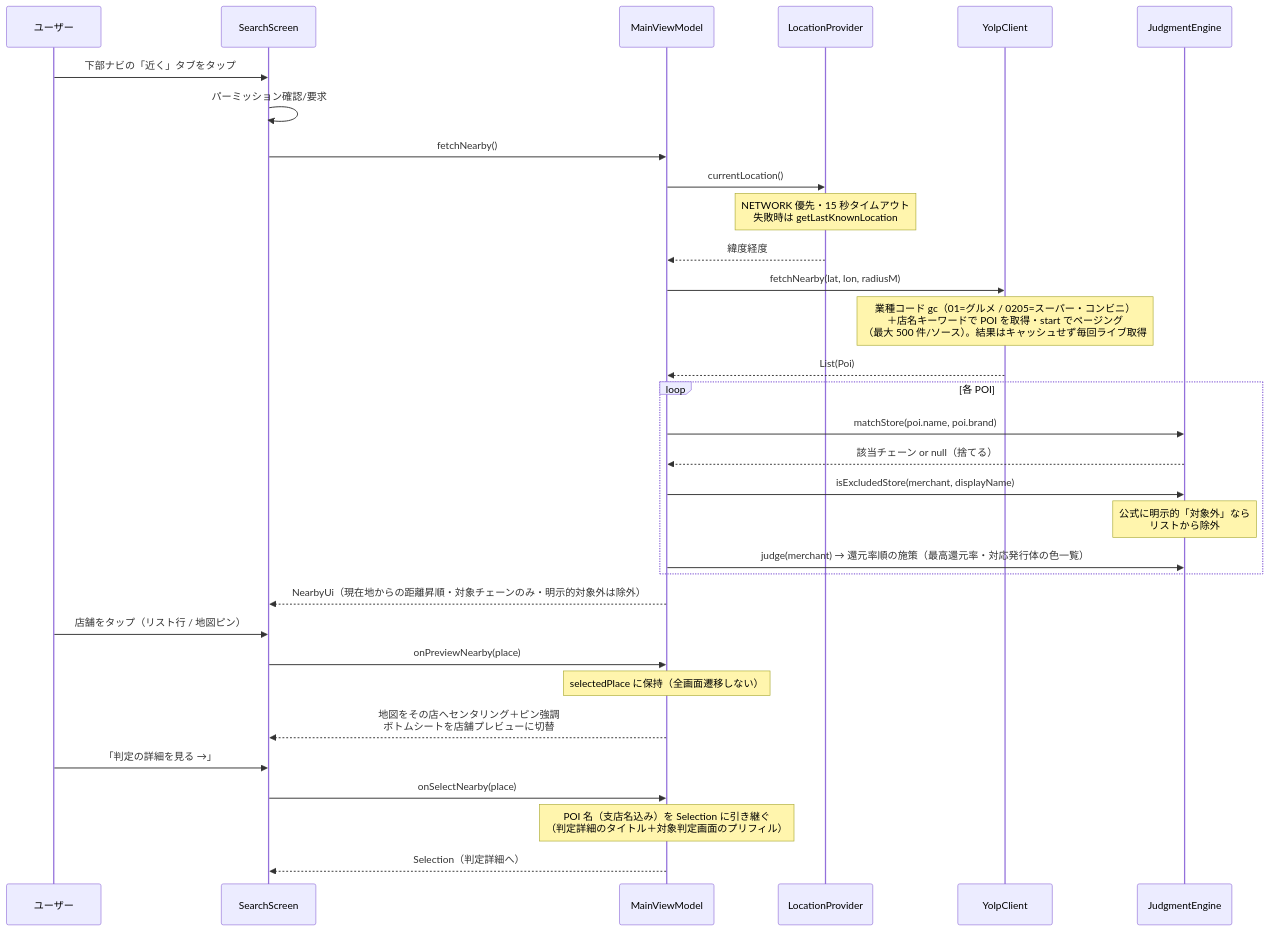
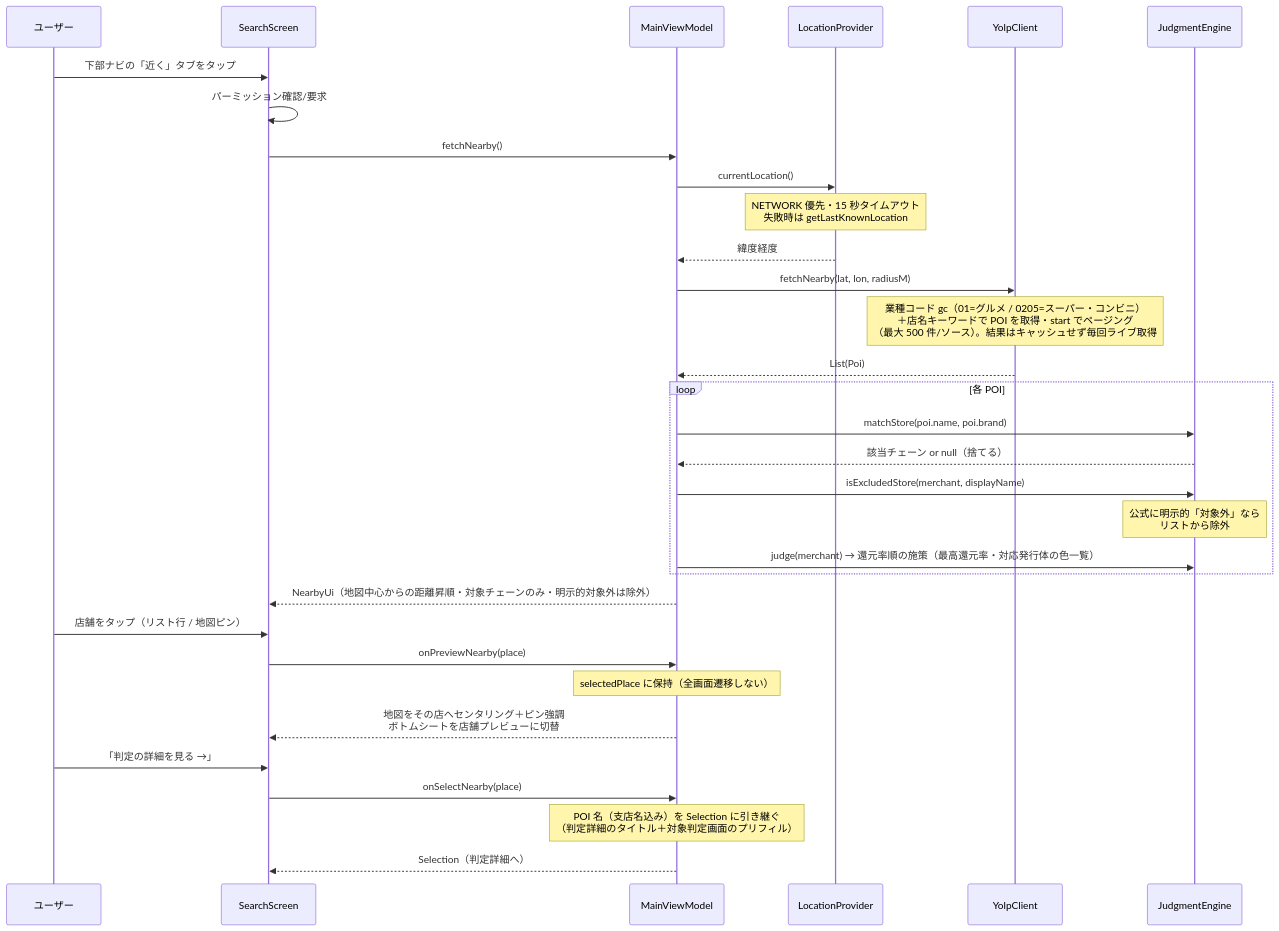
Before and after one commit to ktakjm/poikatsu: the sixth of 6 diagrams in docs/code-guide.md, drawn with Mermaid. The commit also changed other lines of this file and 3 other files, not shown here.

````diff
--- a/docs/code-guide.md
+++ b/docs/code-guide.md
@@ -334,35 +334,35 @@
 ```mermaid
 sequenceDiagram
     participant U as ユーザー
     participant SC as SearchScreen
     participant VM as MainViewModel
     participant LP as LocationProvider
     participant YC as YolpClient
     participant JE as JudgmentEngine
 
     U->>SC: 下部ナビの「近く」タブをタップ
     SC->>SC: パーミッション確認/要求
     SC->>VM: fetchNearby()
     VM->>LP: currentLocation()
     Note over LP: NETWORK 優先・15 秒タイムアウト<br/>失敗時は getLastKnownLocation
     LP-->>VM: 緯度経度
     VM->>YC: fetchNearby(lat, lon, radiusM)
     Note over YC: 業種コード gc（01=グルメ / 0205=スーパー・コンビニ）<br/>＋店名キーワードで POI を取得・start でページング<br/>（最大 500 件/ソース）。結果はキャッシュせず毎回ライブ取得
     YC-->>VM: List(Poi)
     loop 各 POI
         VM->>JE: matchStore(poi.name, poi.brand)
         JE-->>VM: 該当チェーン or null（捨てる）
         VM->>JE: isExcludedStore(merchant, displayName)
         Note over JE: 公式に明示的「対象外」なら<br/>リストから除外
         VM->>JE: judge(merchant) → 還元率順の施策（最高還元率・対応発行体の色一覧）
     end
-    VM-->>SC: NearbyUi（現在地からの距離昇順・対象チェーンのみ・明示的対象外は除外）
+    VM-->>SC: NearbyUi（地図中心からの距離昇順・対象チェーンのみ・明示的対象外は除外）
     U->>SC: 店舗をタップ（リスト行 / 地図ピン）
     SC->>VM: onPreviewNearby(place)
     Note over VM: selectedPlace に保持（全画面遷移しない）
     VM-->>SC: 地図をその店へセンタリング＋ピン強調<br/>ボトムシートを店舗プレビューに切替
     U->>SC: 「判定の詳細を見る →」
     SC->>VM: onSelectNearby(place)
     Note over VM: POI 名（支店名込み）を Selection に引き継ぐ<br/>（判定詳細のタイトル＋対象判定画面のプリフィル）
     VM-->>SC: Selection（判定詳細へ）
 ```
````
